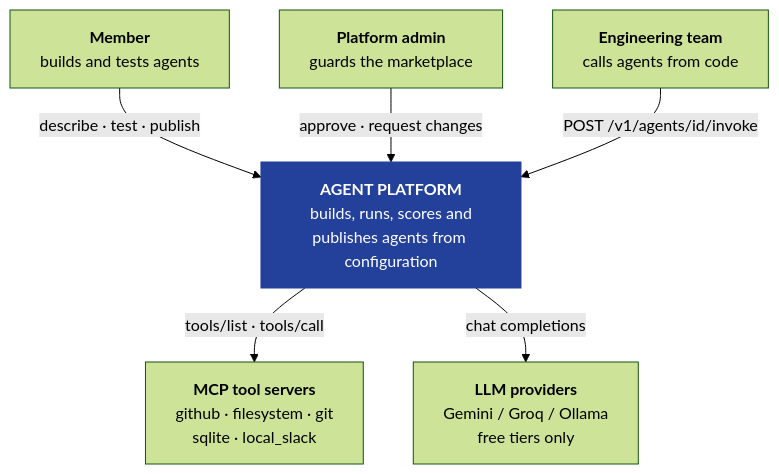
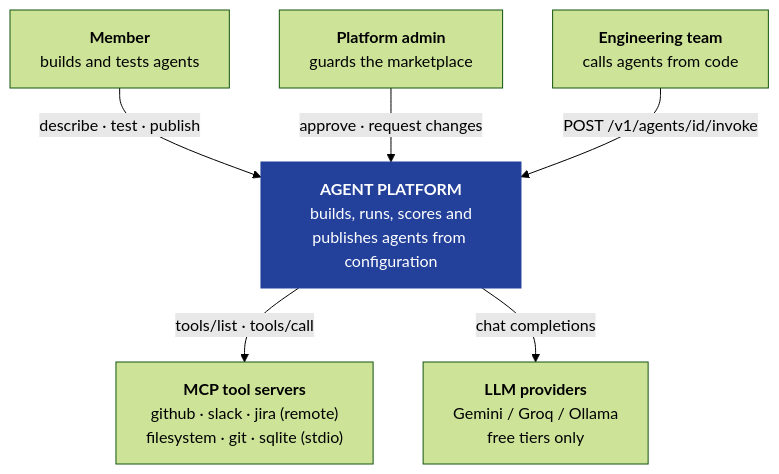
Before and after one commit to Shivanilarokar/AgentPlatformCapstone: the first of 14 diagrams in docs/DESIGN.md, drawn with Mermaid (forest theme). The commit also changed other lines of this file and 25 other files, not shown here.

Commit message:
Registry: vendors' own MCP servers, drop local_slack

````diff
--- a/docs/DESIGN.md
+++ b/docs/DESIGN.md
@@ -22,19 +22,19 @@
 ```mermaid
 graph TB
     MEM["<b>Member</b><br/>builds and tests agents"]
     ADM["<b>Platform admin</b><br/>guards the marketplace"]
     DEV["<b>Engineering team</b><br/>calls agents from code"]
 
     SYS["<b>AGENT PLATFORM</b><br/>builds, runs, scores and<br/>publishes agents from configuration"]
 
-    MCP["<b>MCP tool servers</b><br/>github · filesystem · git<br/>sqlite · local_slack"]
+    MCP["<b>MCP tool servers</b><br/>github · slack · jira (remote)<br/>filesystem · git · sqlite (stdio)"]
     LLM["<b>LLM providers</b><br/>Gemini / Groq / Ollama<br/>free tiers only"]
 
     MEM -->|"describe · test · publish"| SYS
     ADM -->|"approve · request changes"| SYS
     DEV -->|"POST /v1/agents/id/invoke"| SYS
     SYS -->|"tools/list · tools/call"| MCP
     SYS -->|"chat completions"| LLM
 
     style SYS fill:#23409B,color:#fff,stroke:#23409B
 ```
````
